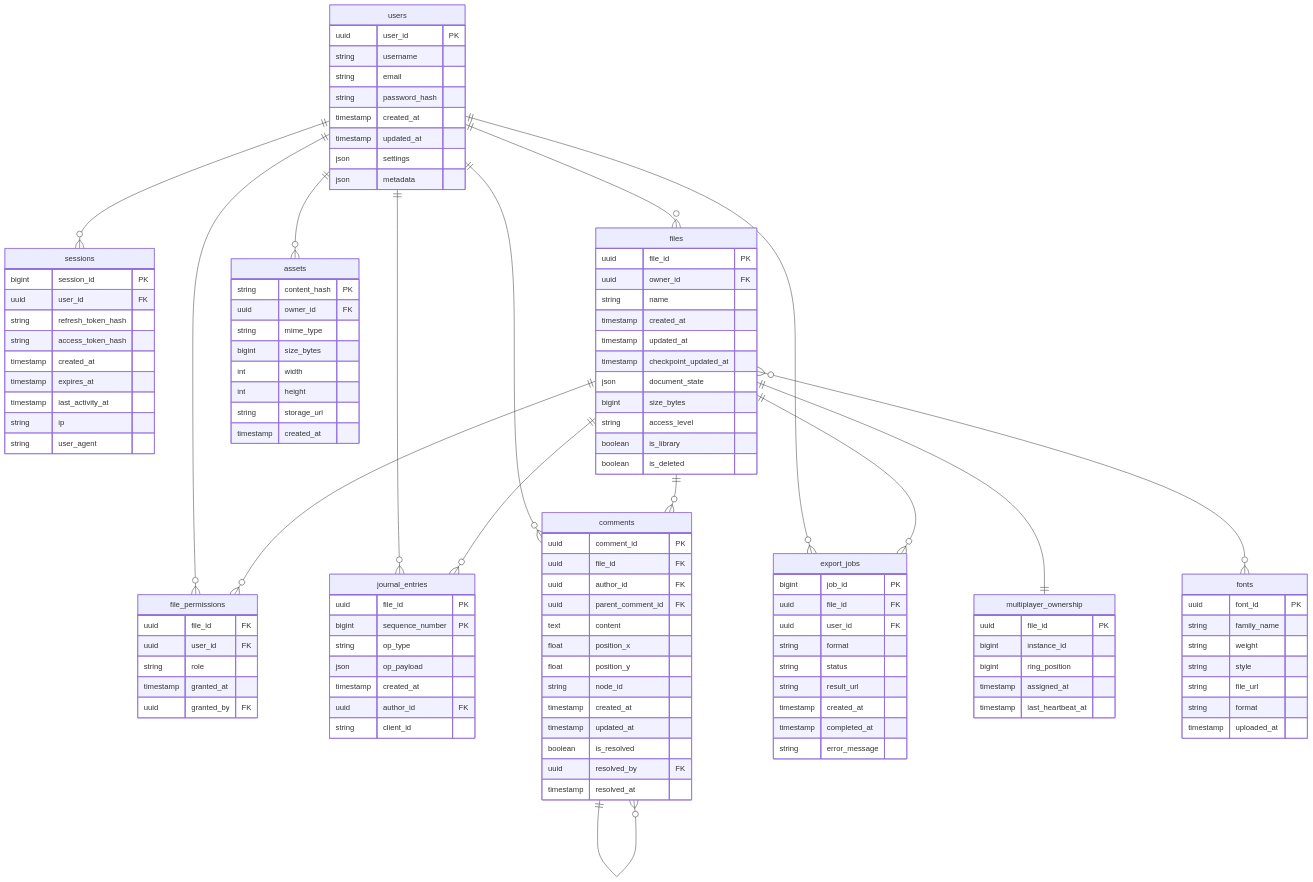
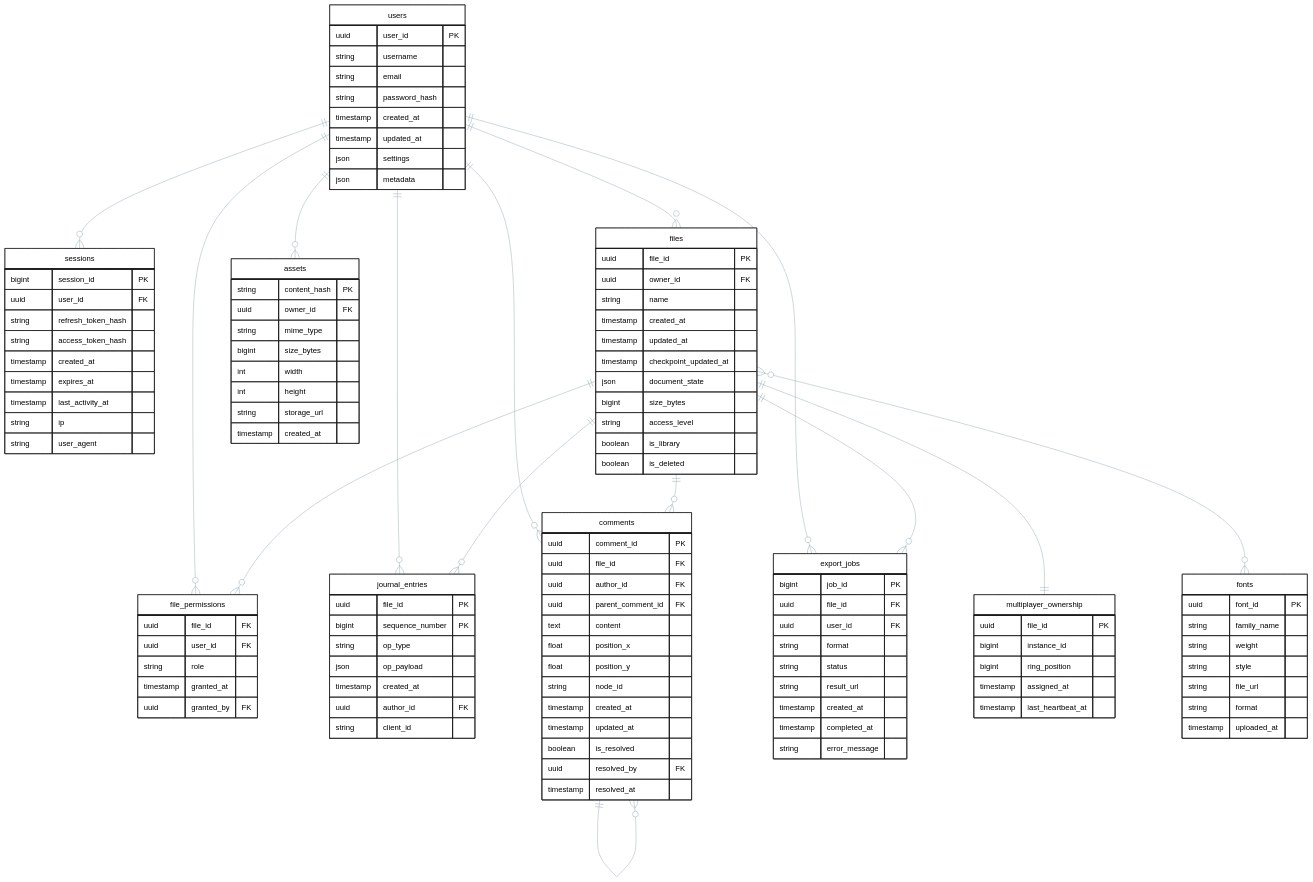
The diagram in README.md (Mr-None-rM/VK-Education-Highload), drawn with Mermaid before and after one commit.

Commit message:
Fix scheme in 5 point again)

```diff
--- a/README.md
+++ b/README.md
@@ -370,6 +370,7 @@
   'primaryTextColor': '#000000',
   'primaryBorderColor': '#1e1e1f',
   'lineColor': '#99adb8',
+  'tertiaryColor': '#ffffff'
 }}}%%
 erDiagram
     users ||--o{ sessions : ""
```
